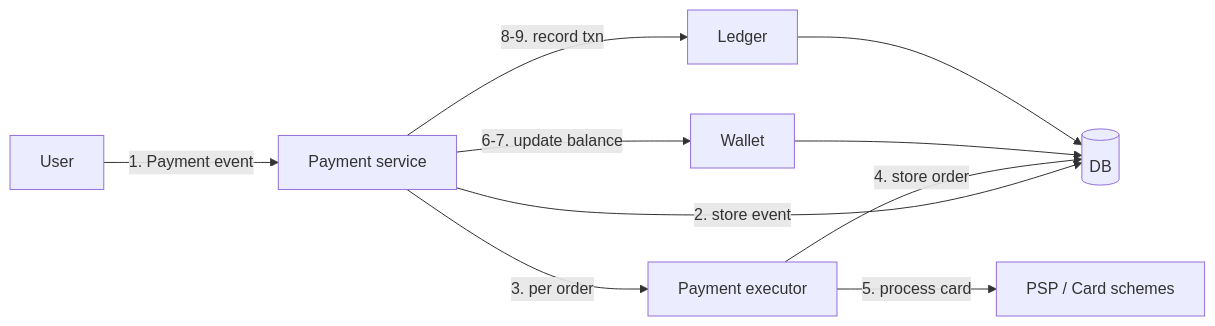
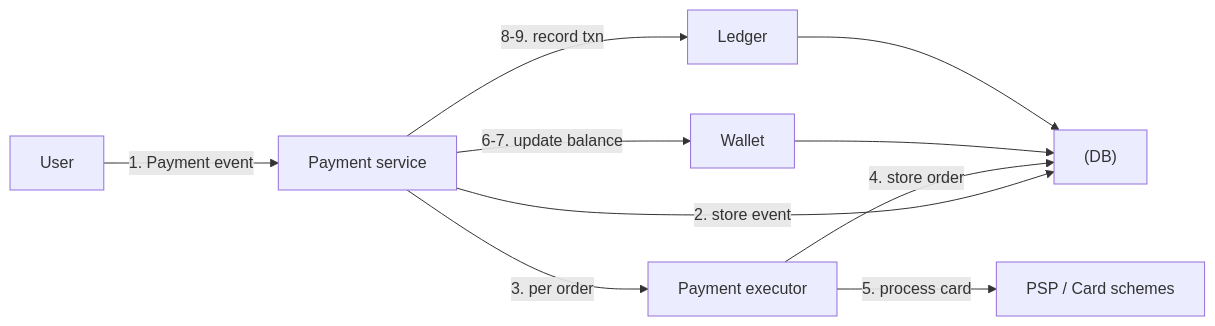
Before and after one commit to pankajThakur1874/studysheet: the first of 3 diagrams in files/Book-System-Design-Vol-2/11-payment-system.md, drawn with Mermaid. The commit also changed other lines of this file and 102 other files, not shown here.

Commit message:
Auto-fix Mermaid diagram syntax across all study guides to prevent Syntax Error in Mermaid v10

````diff
--- a/files/Book-System-Design-Vol-2/11-payment-system.md
+++ b/files/Book-System-Design-Vol-2/11-payment-system.md
@@ -47,10 +47,10 @@
 ```mermaid
 flowchart LR
     User -->|1. Payment event| PS[Payment service]
-    PS -->|2. store event| DB[(DB)]
+    PS -->|2. store event| DB["(DB)"]
     PS -->|3. per order| PE[Payment executor]
     PE -->|4. store order| DB
-    PE -->|5. process card| PSP[PSP / Card schemes]
+    PE -->|5. process card| PSP["PSP / Card schemes"]
     PS -->|6-7. update balance| W[Wallet] --> DB
     PS -->|8-9. record txn| L[Ledger] --> DB
 ```
````
